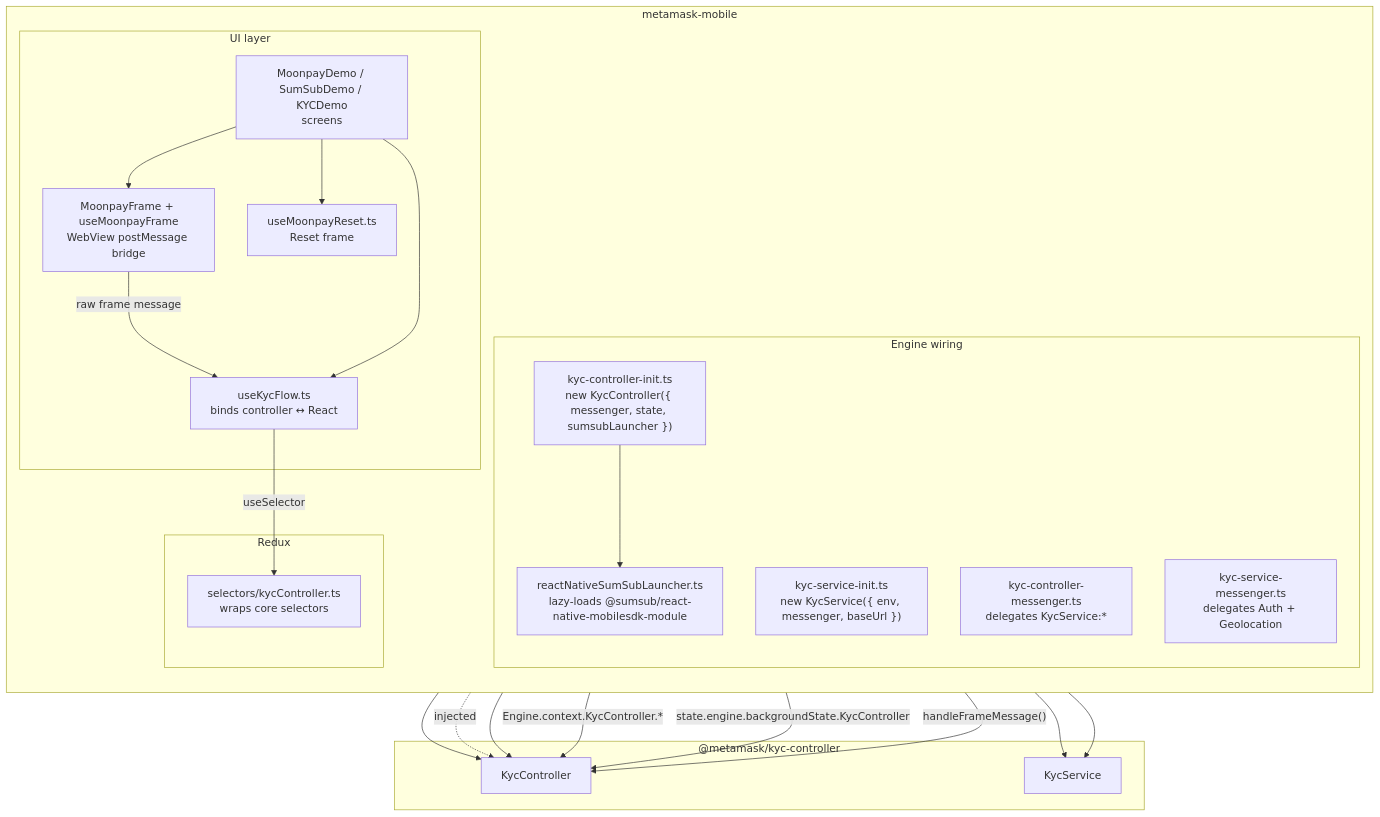
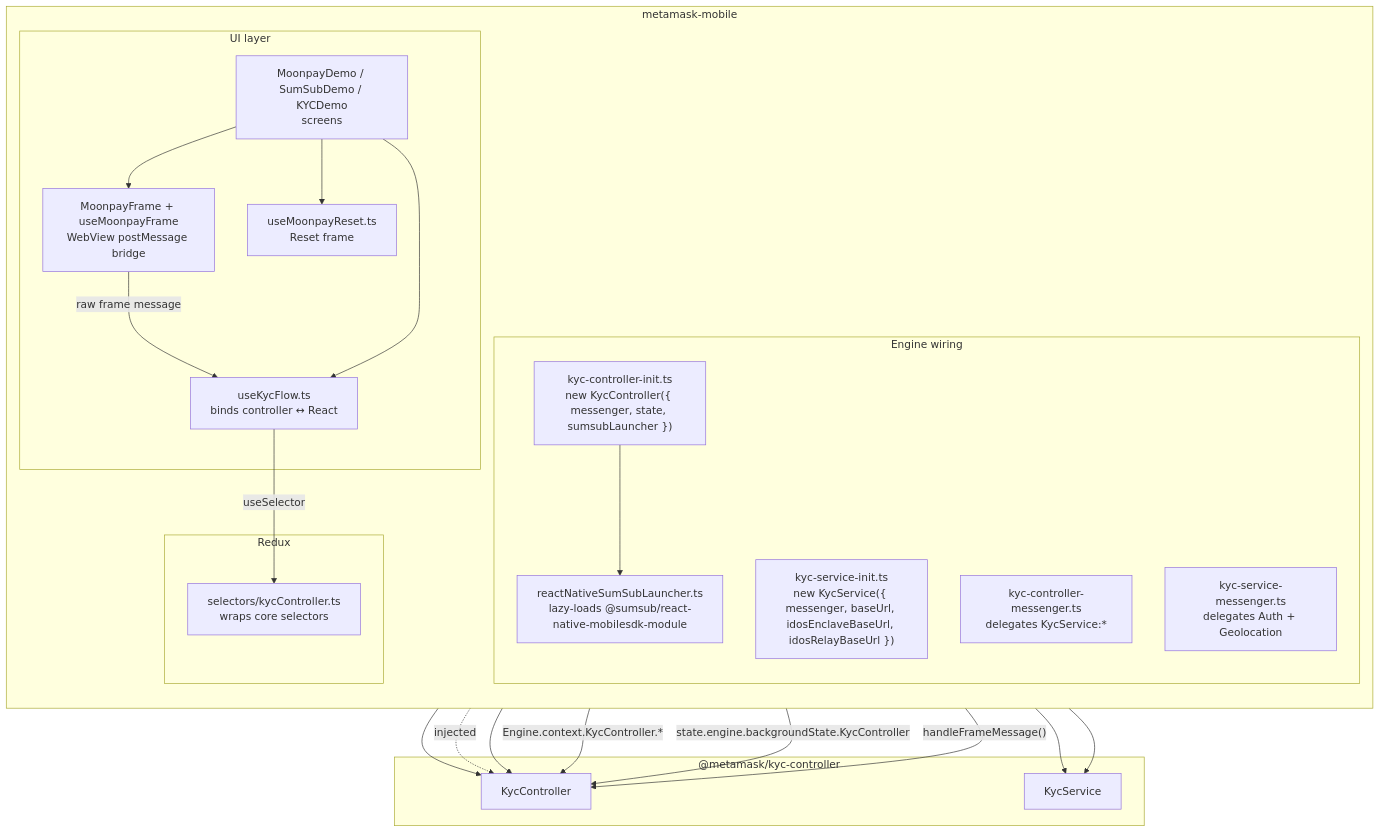
Before and after one commit to MetaMask/core: the ninth of 10 diagrams in packages/kyc-controller/ARCHITECTURE.md, drawn with Mermaid. The commit also changed other lines of this file and 10 other files, not shown here.

First line of the commit message:
fix(kyc-controller): add jwt verification against relay jwks (#10008)

````diff
--- a/packages/kyc-controller/ARCHITECTURE.md
+++ b/packages/kyc-controller/ARCHITECTURE.md
@@ -551,43 +554,43 @@
 ```mermaid
 graph TB
     subgraph app["metamask-mobile"]
         direction TB
         subgraph engine["Engine wiring"]
             CInit["kyc-controller-init.ts<br/>new KycController({ messenger, state, sumsubLauncher })"]
-            SInit["kyc-service-init.ts<br/>new KycService({ env, messenger, baseUrl })"]
+            SInit["kyc-service-init.ts<br/>new KycService({ messenger, baseUrl, idosEnclaveBaseUrl, idosRelayBaseUrl })"]
             CMsgr["kyc-controller-messenger.ts<br/>delegates KycService:*"]
             SMsgr["kyc-service-messenger.ts<br/>delegates Auth + Geolocation"]
             Launcher["reactNativeSumSubLauncher.ts<br/>lazy-loads @sumsub/react-native-mobilesdk-module"]
         end
         subgraph ui["UI layer"]
             Hook["useKycFlow.ts<br/>binds controller ↔ React"]
             Frame["MoonpayFrame + useMoonpayFrame<br/>WebView postMessage bridge"]
             Reset["useMoonpayReset.ts<br/>Reset frame"]
             Demo["MoonpayDemo / SumSubDemo / KYCDemo<br/>screens"]
         end
         subgraph redux["Redux"]
             Sel["selectors/kycController.ts<br/>wraps core selectors"]
         end
     end
 
     subgraph core["@metamask/kyc-controller"]
         KC["KycController"]
         KS["KycService"]
     end
 
     CInit --> KC
     SInit --> KS
     CInit --> Launcher
     Launcher -. injected .-> KC
     CMsgr --> KC
     SMsgr --> KS
 
     Hook -->|"Engine.context.KycController.*"| KC
     Hook -->|"useSelector"| Sel
     Sel -->|"state.engine.backgroundState.KycController"| KC
     Frame -->|"raw frame message"| Hook
     Hook -->|"handleFrameMessage()"| KC
     Demo --> Hook
     Demo --> Frame
     Demo --> Reset
 ```
````
